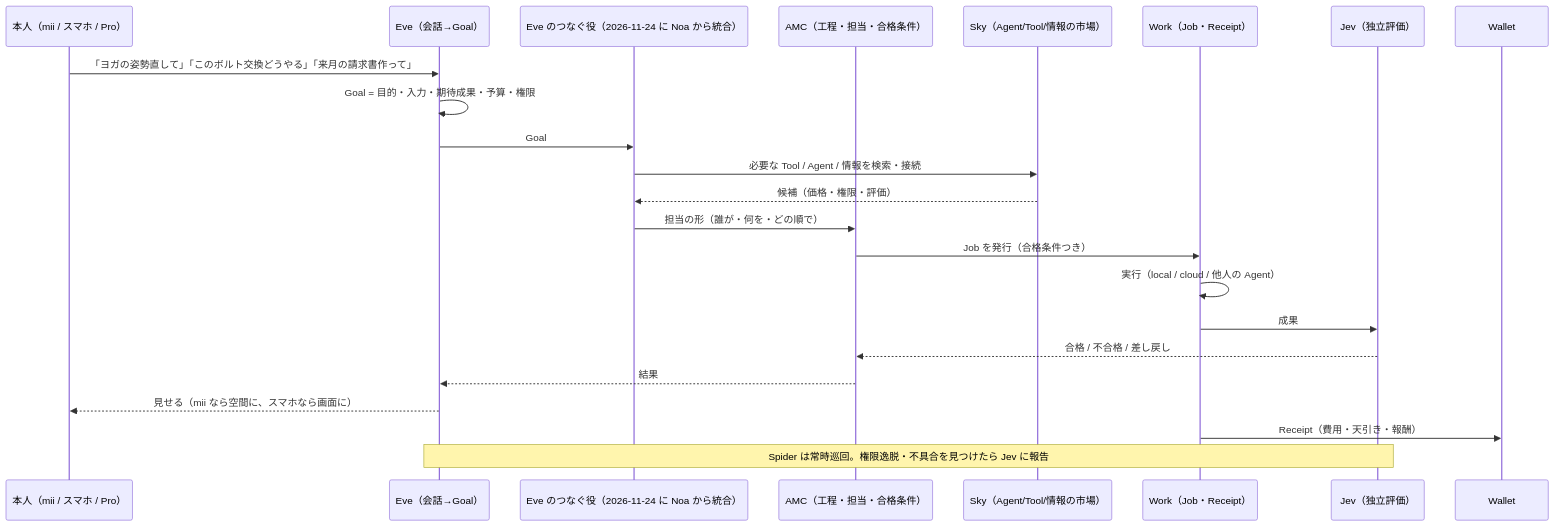
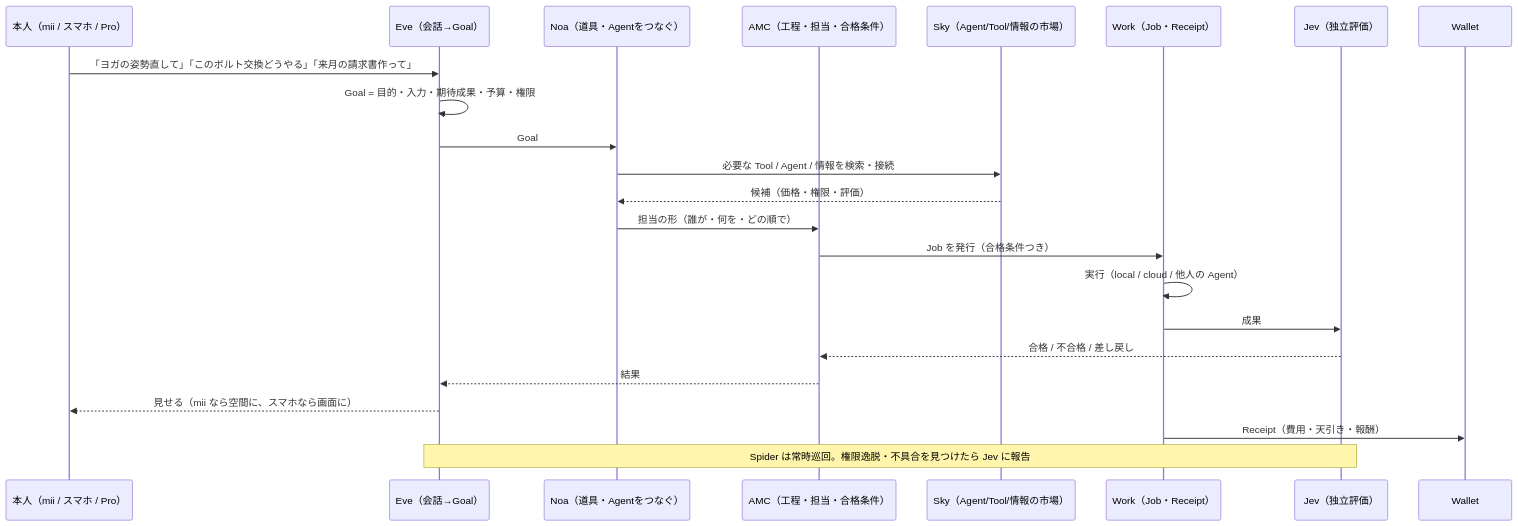
The diagram in docs/structure/04-eve-noa-amc-sky.md (k999ln/rock), drawn with Mermaid before and after one commit. The commit also changed other lines of this file and 41 other files, not shown here.

````diff
--- a/docs/structure/04-eve-noa-amc-sky.md
+++ b/docs/structure/04-eve-noa-amc-sky.md
@@ -115,25 +115,25 @@
 ```mermaid
 sequenceDiagram
   participant U as 本人（mii / スマホ / Pro）
   participant E as Eve（会話→Goal）
-  participant N as Eve のつなぐ役（2026-11-24 に Noa から統合）
+  participant N as Noa（道具・Agentをつなぐ）
   participant A as AMC（工程・担当・合格条件）
   participant S as Sky（Agent/Tool/情報の市場）
   participant W as Work（Job・Receipt）
   participant J as Jev（独立評価）
   participant WA as Wallet
   U->>E: 「ヨガの姿勢直して」「このボルト交換どうやる」「来月の請求書作って」
   E->>E: Goal = 目的・入力・期待成果・予算・権限
   E->>N: Goal
   N->>S: 必要な Tool / Agent / 情報を検索・接続
   S-->>N: 候補（価格・権限・評価）
   N->>A: 担当の形（誰が・何を・どの順で）
   A->>W: Job を発行（合格条件つき）
   W->>W: 実行（local / cloud / 他人の Agent）
   W->>J: 成果
   J-->>A: 合格 / 不合格 / 差し戻し
   A-->>E: 結果
   E-->>U: 見せる（mii なら空間に、スマホなら画面に）
   W->>WA: Receipt（費用・天引き・報酬）
   Note over E,J: Spider は常時巡回。権限逸脱・不具合を見つけたら Jev に報告
 ```
````
